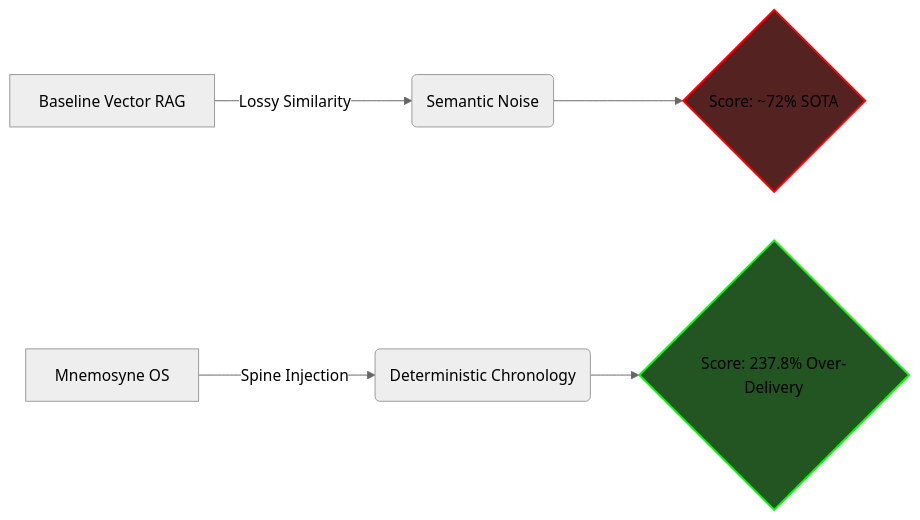
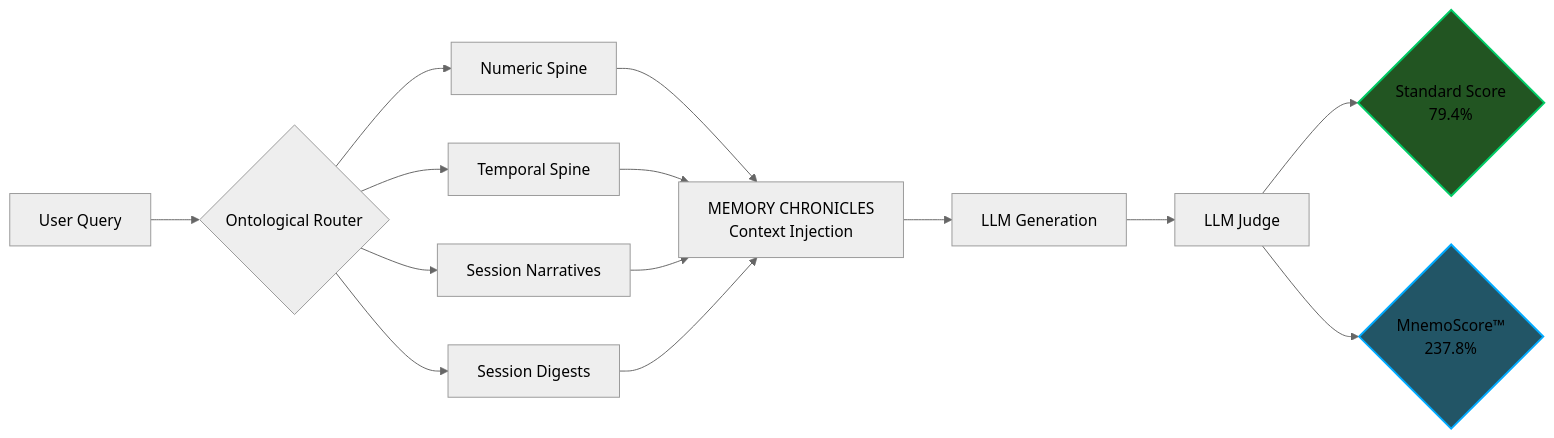
One commit to yaka0007/Mnemosyne-Neural-OS changed the second of 2 diagrams in resonance-whitepaper/docs/02-the-spine-revelation.md. Above: the diagram before and after it, drawn with Mermaid (neutral theme). The commit also changed other lines of this file and 1 other file, not shown here.

Commit message:
docs: add live Dimensional Collapse proof, MnemoScore formula & dual scoring methodology

````diff
--- a/resonance-whitepaper/docs/02-the-spine-revelation.md
+++ b/resonance-whitepaper/docs/02-the-spine-revelation.md
@@ -52,11 +136,16 @@
 ```mermaid
 graph LR
-    A[Baseline Vector RAG] -->|Lossy Similarity| B(Semantic Noise)
-    B --> C{Score: ~72% SOTA}
-    
-    D[Mnemosyne OS] -->|Spine Injection| E(Deterministic Chronology)
-    E --> F{Score: 237.8% Over-Delivery}
-    
-    style C fill:#552222,stroke:#ff0000,stroke-width:2px;
-    style F fill:#225522,stroke:#00ff00,stroke-width:2px;
+    A[User Query] --> B{Ontological Router}
+    B --> C[Numeric Spine]
+    B --> D[Temporal Spine]
+    B --> E[Session Narratives]
+    B --> F[Session Digests]
+    C & D & E & F --> G[MEMORY CHRONICLES\nContext Injection]
+    G --> H[LLM Generation]
+    H --> I[LLM Judge]
+    I --> J{Standard Score\n79.4%}
+    I --> K{MnemoScore™\n237.8%}
+
+    style J fill:#225522,stroke:#00cc66,stroke-width:2px;
+    style K fill:#225566,stroke:#00aaff,stroke-width:2px;
 ```
````
